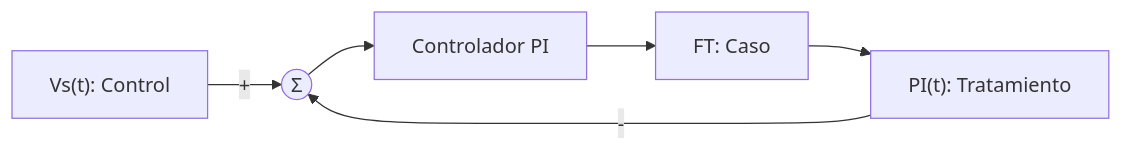
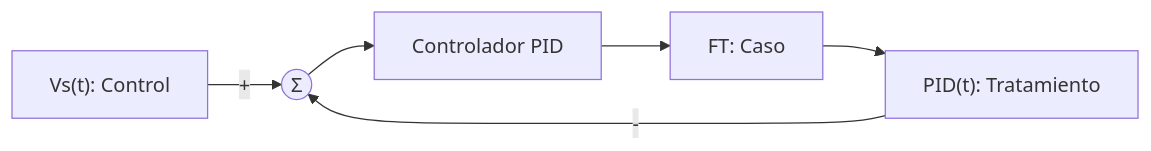
One commit to EmiCrack132/MSFP4 changed the first of 2 diagrams in README.md. Above: the diagram before and after it, drawn with Mermaid. The commit also changed other lines of this file, not shown here.

````diff
--- a/README.md
+++ b/README.md
@@ -248,8 +248,8 @@
 ```mermaid
 flowchart LR
     R["Vs(t): Control"] -->|"+"| SUM(("Σ"))
-    SUM --> PI["Controlador PI"]
-    PI --> CASE["FT: Caso"]
-    CASE --> OUTPUT["PI(t): Tratamiento"]
+    SUM --> PID["Controlador PID"]
+    PID --> CASE["FT: Caso"]
+    CASE --> OUTPUT["PID(t): Tratamiento"]
     OUTPUT -->|"- "| SUM
 ```
````
